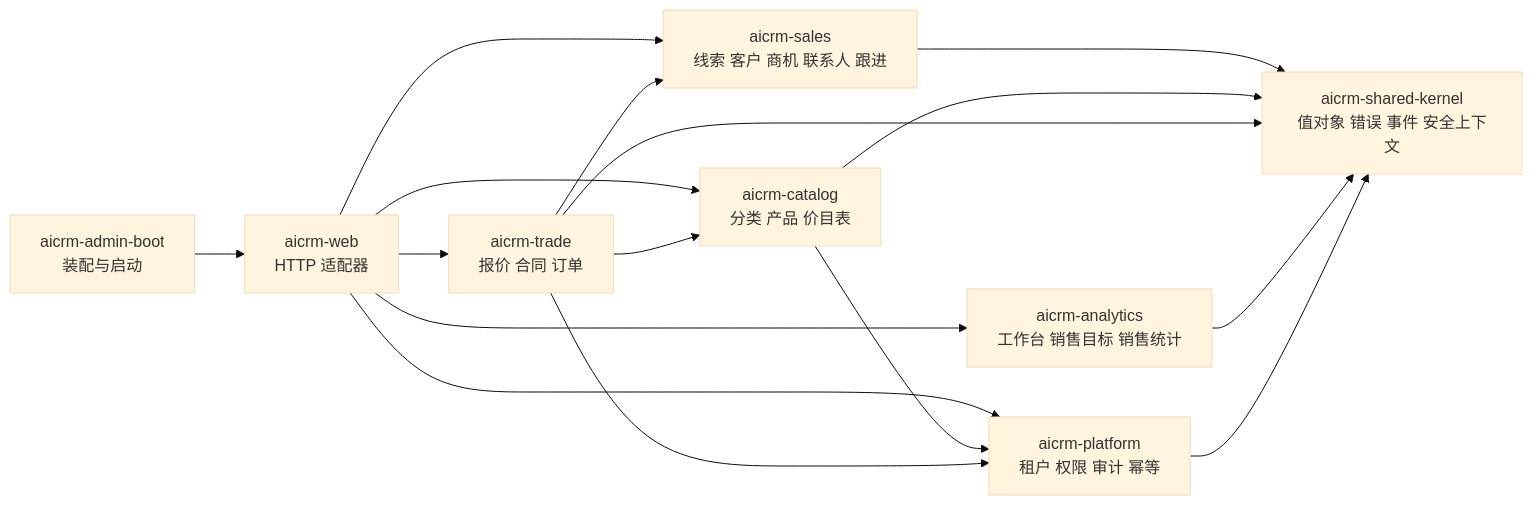
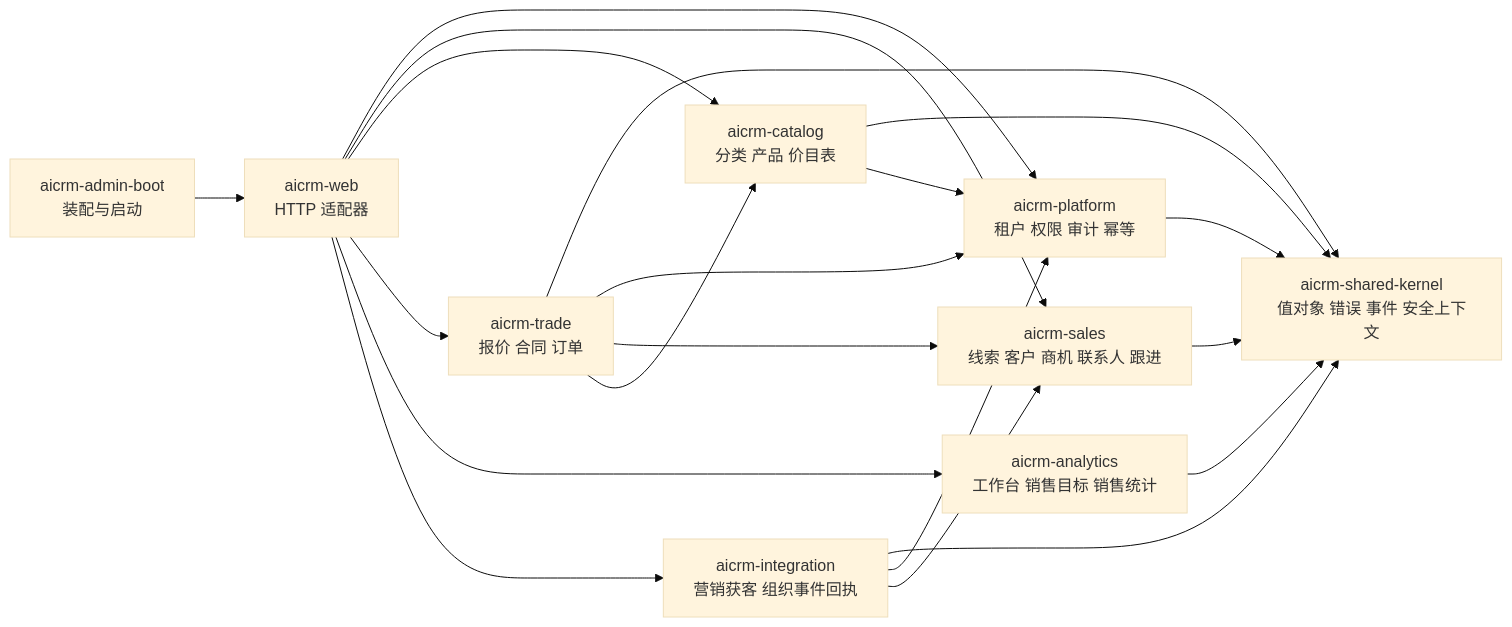
The diagram in docs/architecture/README.md (Squirtles331/AiCRM), drawn with Mermaid (base theme) before and after one commit. The commit also changed other lines of this file and 30 other files, not shown here.

````diff
--- a/docs/architecture/README.md
+++ b/docs/architecture/README.md
@@ -11,18 +11,22 @@
 ```mermaid
 flowchart LR
     WEB["aicrm-web\nHTTP 适配器"] --> PLATFORM["aicrm-platform\n租户 权限 审计 幂等"]
     WEB --> SALES["aicrm-sales\n线索 客户 商机 联系人 跟进"]
     WEB --> CATALOG["aicrm-catalog\n分类 产品 价目表"]
     WEB --> TRADE["aicrm-trade\n报价 合同 订单"]
     WEB --> ANALYTICS["aicrm-analytics\n工作台 销售目标 销售统计"]
+    WEB --> INTEGRATION["aicrm-integration\n营销获客 组织事件回执"]
     SALES --> KERNEL["aicrm-shared-kernel\n值对象 错误 事件 安全上下文"]
     CATALOG --> KERNEL
     TRADE --> KERNEL
     ANALYTICS --> KERNEL
+    INTEGRATION --> KERNEL
     PLATFORM --> KERNEL
     BOOT["aicrm-admin-boot\n装配与启动"] --> WEB
     CATALOG --> PLATFORM
     TRADE --> PLATFORM
     TRADE --> SALES
     TRADE --> CATALOG
+    INTEGRATION --> PLATFORM
+    INTEGRATION --> SALES
 ```
````
